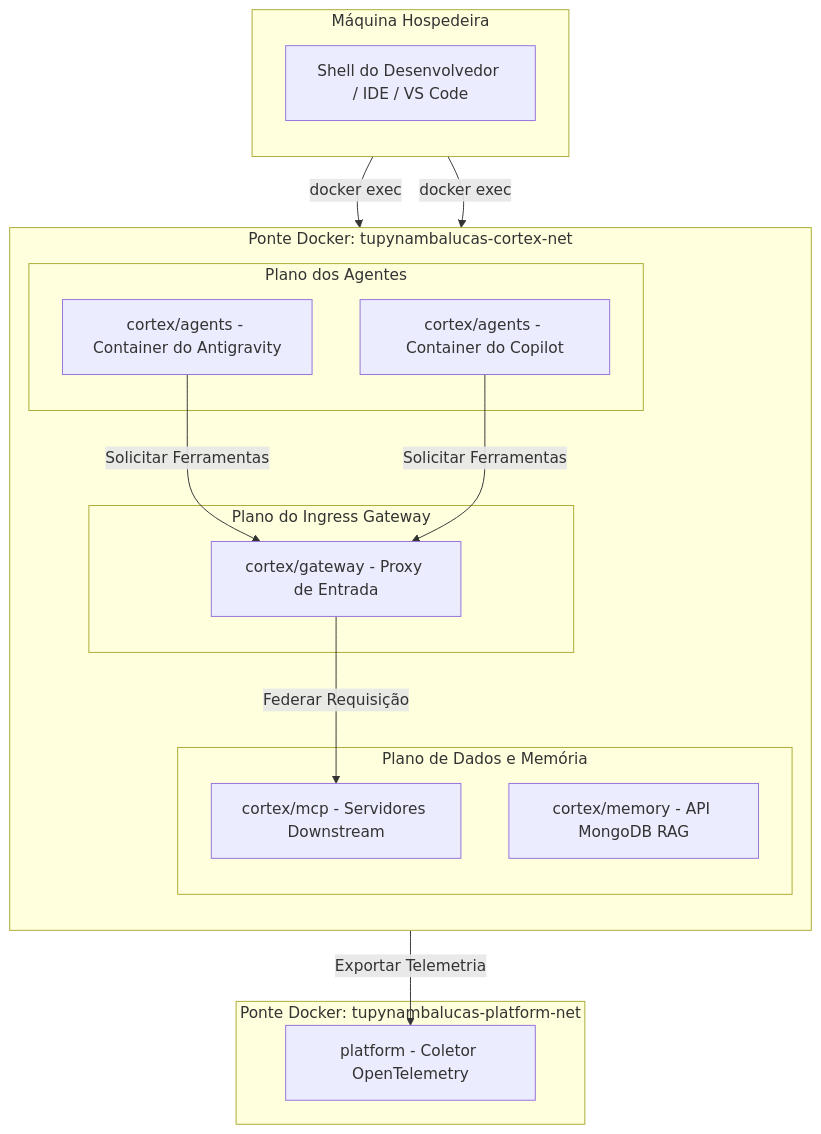
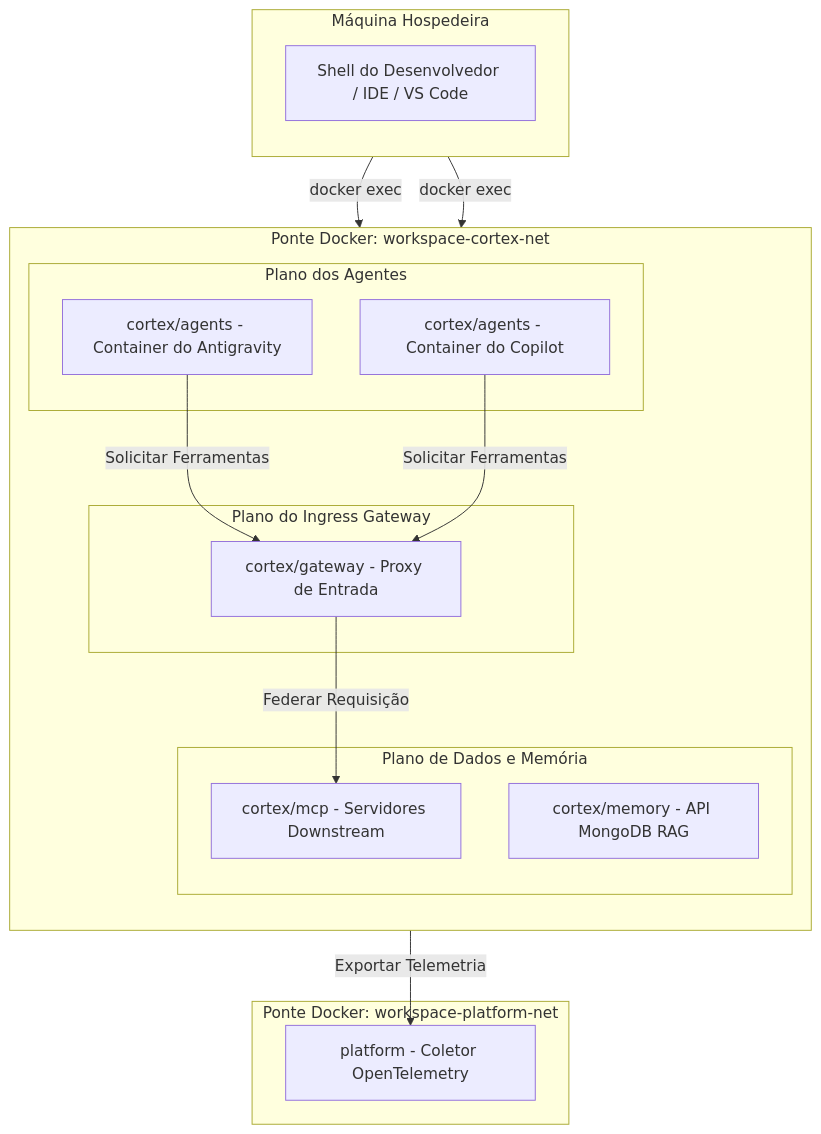
The diagram in docs/i18n/pt-BR/docusaurus-plugin-content-docs-workspaces/current/cortex/explanation/unified-architecture.mdx (tupynambalucas/tupynambalucas), drawn with Mermaid before and after one commit. The commit also changed other lines of this file and 318 other files, not shown here.

````diff
--- a/docs/i18n/pt-BR/docusaurus-plugin-content-docs-workspaces/current/cortex/explanation/unified-architecture.mdx
+++ b/docs/i18n/pt-BR/docusaurus-plugin-content-docs-workspaces/current/cortex/explanation/unified-architecture.mdx
@@ -19,35 +19,35 @@
 ```mermaid
 graph TD
     subgraph host [Máquina Hospedeira]
         direction TB
         A[Shell do Desenvolvedor / IDE / VS Code]
     end
 
-    subgraph cortex_network [Ponte Docker: tupynambalucas-cortex-net]
+    subgraph cortex_network [Ponte Docker: workspace-cortex-net]
         direction TB
         subgraph agent_plane [Plano dos Agentes]
             B[cortex/agents - Container do Antigravity]
             C[cortex/agents - Container do Copilot]
         end
 
         subgraph data_plane [Plano de Dados e Memória]
             D[cortex/mcp - Servidores Downstream]
             E[cortex/memory - API MongoDB RAG]
         end
 
         subgraph gateway_plane [Plano do Ingress Gateway]
             F[cortex/gateway - Proxy de Entrada]
         end
     end
 
-    subgraph platform_network [Ponte Docker: tupynambalucas-platform-net]
+    subgraph platform_network [Ponte Docker: workspace-platform-net]
         G[platform - Coletor OpenTelemetry]
     end
 
     A -->|docker exec| B
     A -->|docker exec| C
     B -->|Solicitar Ferramentas| F
     C -->|Solicitar Ferramentas| F
     F -->|Federar Requisição| D
     F -->|Exportar Telemetria| G
 ```
````
